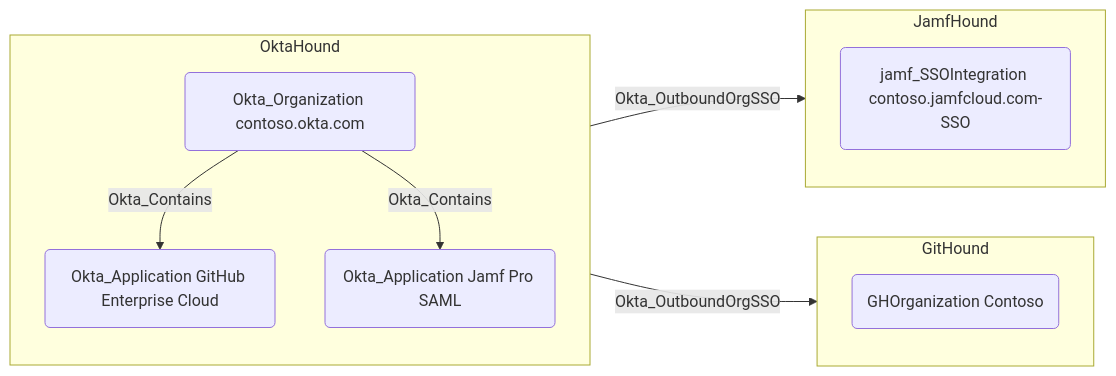
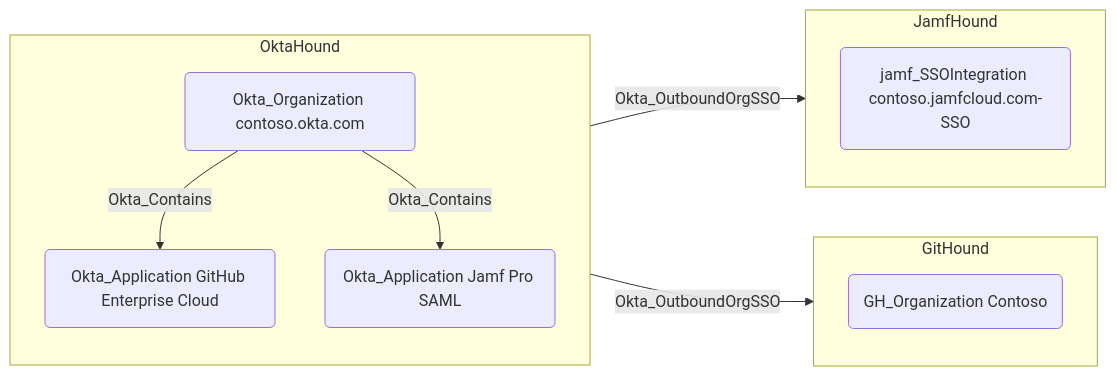
One commit to SpecterOps/OktaHound changed the diagram in Documentation/EdgeDescriptions/Okta_OutboundOrgSSO.md. Above: the diagram before and after it, drawn with Mermaid. The commit also changed other lines of this file and 14 other files, not shown here.

````diff
--- a/Documentation/EdgeDescriptions/Okta_OutboundOrgSSO.md
+++ b/Documentation/EdgeDescriptions/Okta_OutboundOrgSSO.md
@@ -12,21 +12,21 @@
 ```mermaid
 graph LR
   subgraph okta["OktaHound"]
     direction TB
     o("Okta_Organization contoso.okta.com")
     app1("Okta_Application GitHub Enterprise Cloud")
     app2("Okta_Application Jamf Pro SAML")
     o -- Okta_Contains --> app1
     o -- Okta_Contains --> app2
   end
   subgraph "GitHound"
     direction TB
-    ghorg("GHOrganization Contoso")
+    ghorg("GH_Organization Contoso")
     app1 -- Okta_OutboundOrgSSO --> ghorg
   end
   subgraph "JamfHound"
     direction TB
     jamf("jamf_SSOIntegration contoso.jamfcloud.com-SSO")
     app2 -- Okta_OutboundOrgSSO --> jamf
   end
 ```
````
